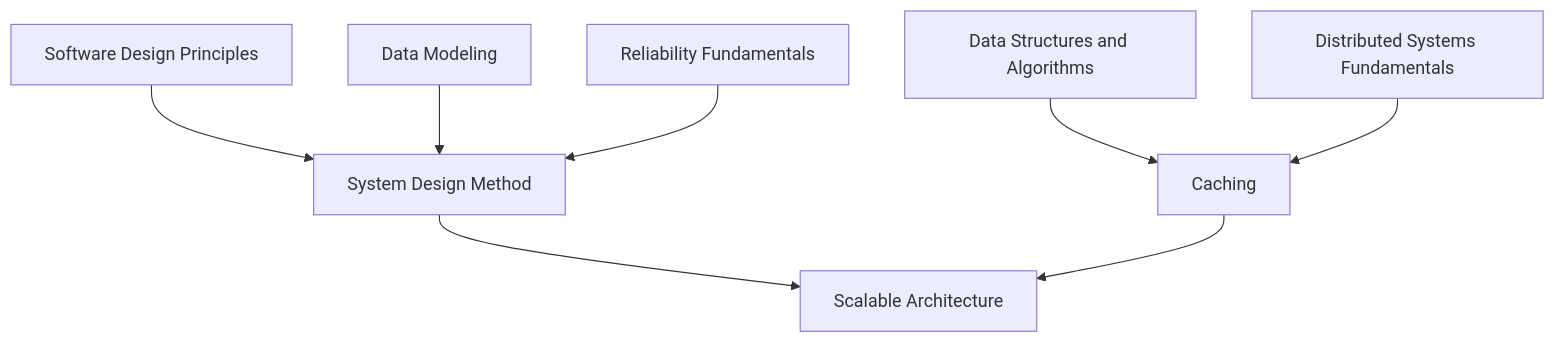
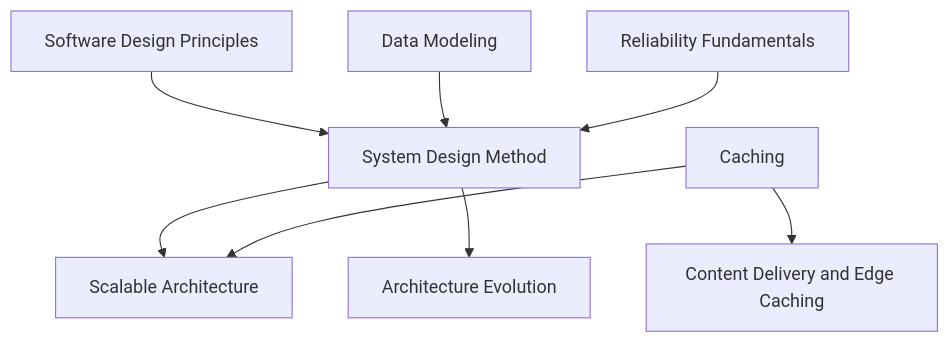
Before and after one commit to ro121/start-here: the diagram in 21-system-design/README.md, drawn with Mermaid. The commit also changed other lines of this file and 31 other files, not shown here.

Commit message:
Integrate six roadmap.sh references and fill curriculum gaps

````diff
--- a/21-system-design/README.md
+++ b/21-system-design/README.md
@@ -56,18 +76,18 @@
 ```mermaid
 flowchart TD
     n0["System Design Method"]
     n1["Scalable Architecture"]
     n2["Caching"]
-    n3["Software Design Principles"]
-    n4["Data Modeling"]
-    n5["Reliability Fundamentals"]
-    n6["Data Structures and Algorithms"]
-    n7["Distributed Systems Fundamentals"]
+    n3["Content Delivery and Edge Caching"]
+    n4["Architecture Evolution"]
+    n5["Software Design Principles"]
+    n6["Data Modeling"]
+    n7["Reliability Fundamentals"]
     n0 --> n1
     n2 --> n1
-    n3 --> n0
-    n4 --> n0
+    n2 --> n3
+    n0 --> n4
     n5 --> n0
-    n6 --> n2
-    n7 --> n2
+    n6 --> n0
+    n7 --> n0
 ```
````
